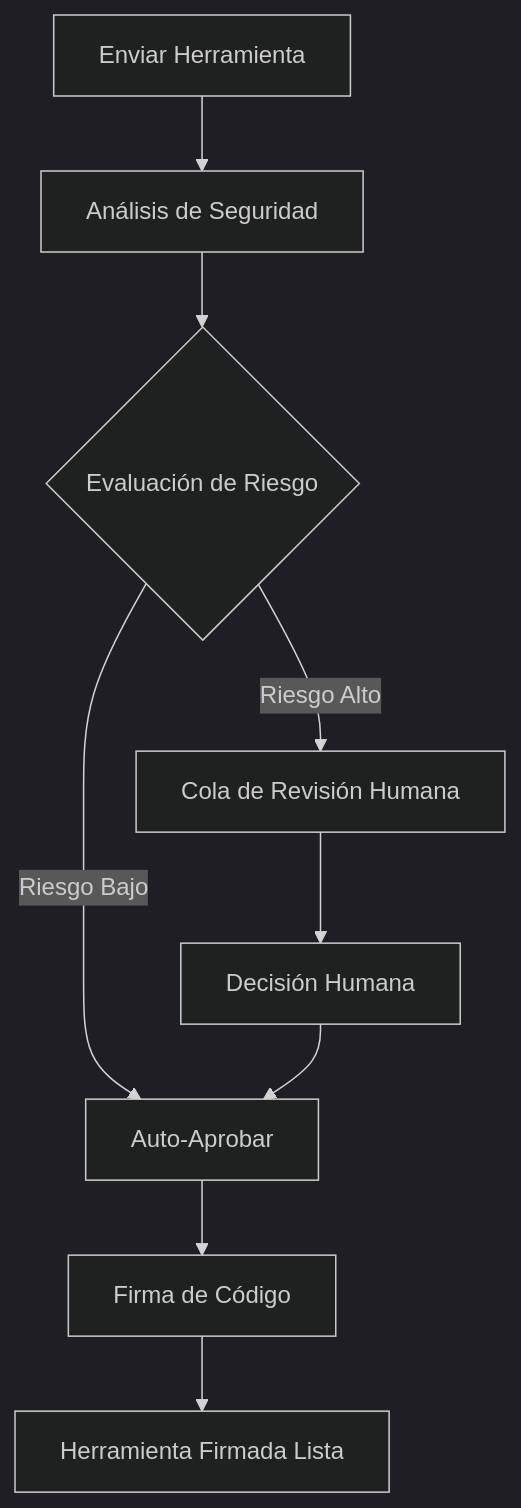
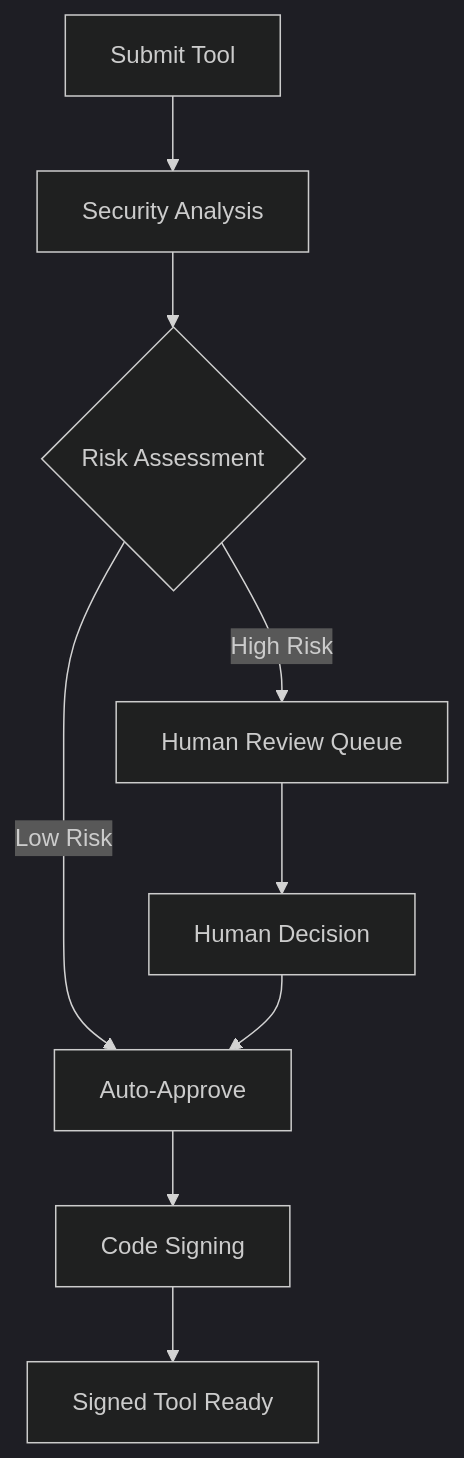
One commit to ThirdKeyAI/Symbiont changed the diagram in docs/api-reference.es.md. Above: the diagram before and after it, drawn with Mermaid (dark theme). The commit also changed other lines of this file and 25 other files, not shown here.

````diff
--- a/docs/api-reference.es.md
+++ b/docs/api-reference.es.md
@@ -47,11 +941,11 @@
 ```mermaid
 graph TD
-    A[Enviar Herramienta] --> B[Análisis de Seguridad]
-    B --> C{Evaluación de Riesgo}
-    C -->|Riesgo Bajo| D[Auto-Aprobar]
-    C -->|Riesgo Alto| E[Cola de Revisión Humana]
-    E --> F[Decisión Humana]
+    A[Submit Tool] --> B[Security Analysis]
+    B --> C{Risk Assessment}
+    C -->|Low Risk| D[Auto-Approve]
+    C -->|High Risk| E[Human Review Queue]
+    E --> F[Human Decision]
     F --> D
-    D --> G[Firma de Código]
-    G --> H[Herramienta Firmada Lista]
+    D --> G[Code Signing]
+    G --> H[Signed Tool Ready]
 ```
````
